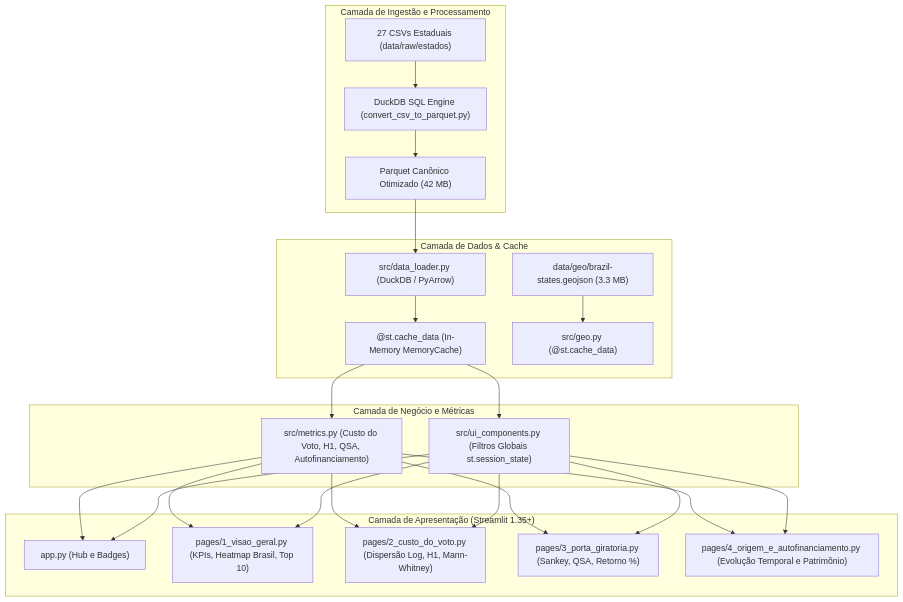
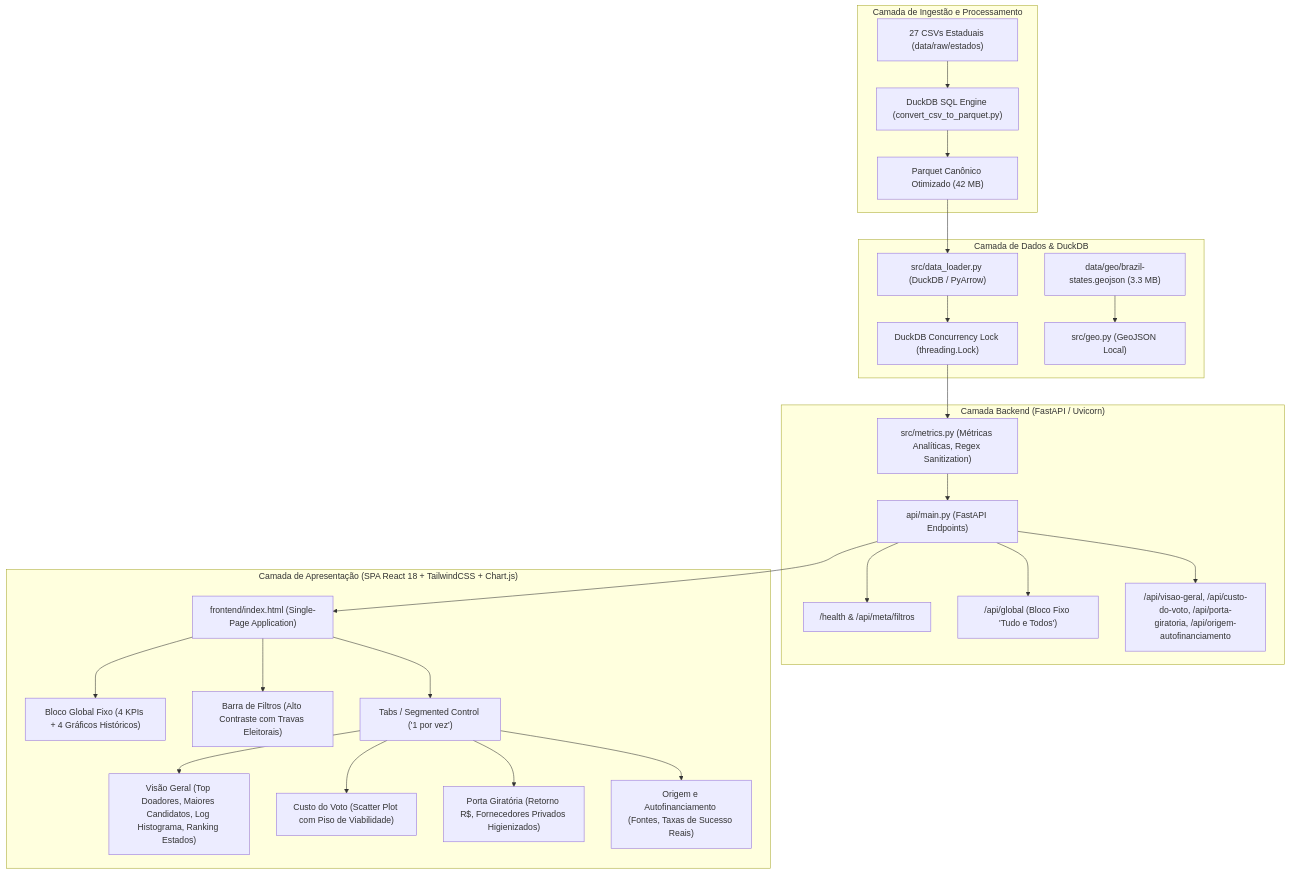
Before and after one commit to Adiells/data_pacd: the diagram in docs/arquitetura.md, drawn with Mermaid. The commit also changed other lines of this file and 5 other files, not shown here.

Commit message:
docs: rewrite README, execution guide, and architecture specs for SPA platform

````diff
--- a/docs/arquitetura.md
+++ b/docs/arquitetura.md
@@ -11,31 +11,32 @@
 ```mermaid
 flowchart TD
     subgraph Ingestao ["Camada de Ingestão e Processamento"]
         A["27 CSVs Estaduais (data/raw/estados)"] --> B["DuckDB SQL Engine (convert_csv_to_parquet.py)"]
         B --> C["Parquet Canônico Otimizado (42 MB)"]
     end
 
-    subgraph Armazenamento ["Camada de Dados & Cache"]
+    subgraph Armazenamento ["Camada de Dados & DuckDB"]
         C --> D["src/data_loader.py (DuckDB / PyArrow)"]
-        D --> E["@st.cache_data (In-Memory MemoryCache)"]
-        F["data/geo/brazil-states.geojson (3.3 MB)"] --> G["src/geo.py (@st.cache_data)"]
+        D --> E["DuckDB Concurrency Lock (threading.Lock)"]
+        F["data/geo/brazil-states.geojson (3.3 MB)"] --> G["src/geo.py (GeoJSON Local)"]
     end
 
-    subgraph Negocio ["Camada de Negócio e Métricas"]
-        E --> H["src/metrics.py (Custo do Voto, H1, QSA, Autofinanciamento)"]
-        E --> I["src/ui_components.py (Filtros Globais st.session_state)"]
+    subgraph Backend ["Camada Backend (FastAPI / Uvicorn)"]
+        E --> H["src/metrics.py (Métricas Analíticas, Regex Sanitization)"]
+        H --> I["api/main.py (FastAPI Endpoints)"]
+        I --> J["/health & /api/meta/filtros"]
+        I --> K["/api/global (Bloco Fixo 'Tudo e Todos')"]
+        I --> L["/api/visao-geral, /api/custo-do-voto, /api/porta-giratoria, /api/origem-autofinanciamento"]
     end
 
-    subgraph Apresentacao ["Camada de Apresentação (Streamlit 1.35+)"]
-        H --> J["app.py (Hub e Badges)"]
-        H --> K["pages/1_visao_geral.py (KPIs, Heatmap Brasil, Top 10)"]
-        H --> L["pages/2_custo_do_voto.py (Dispersão Log, H1, Mann-Whitney)"]
-        H --> M["pages/3_porta_giratoria.py (Sankey, QSA, Retorno %)"]
-        H --> N["pages/4_origem_e_autofinanciamento.py (Evolução Temporal e Patrimônio)"]
-        I --> J
-        I --> K
-        I --> L
-        I --> M
-        I --> N
+    subgraph Frontend ["Camada de Apresentação (SPA React 18 + TailwindCSS + Chart.js)"]
+        I --> M["frontend/index.html (Single-Page Application)"]
+        M --> N["Bloco Global Fixo (4 KPIs + 4 Gráficos Históricos)"]
+        M --> O["Barra de Filtros (Alto Contraste com Travas Eleitorais)"]
+        M --> P["Tabs / Segmented Control ('1 por vez')"]
+        P --> Q["Visão Geral (Top Doadores, Maiores Candidatos, Log Histograma, Ranking Estados)"]
+        P --> R["Custo do Voto (Scatter Plot com Piso de Viabilidade)"]
+        P --> S["Porta Giratória (Retorno R$, Fornecedores Privados Higienizados)"]
+        P --> T["Origem e Autofinanciamento (Fontes, Taxas de Sucesso Reais)"]
     end
 ```
````
